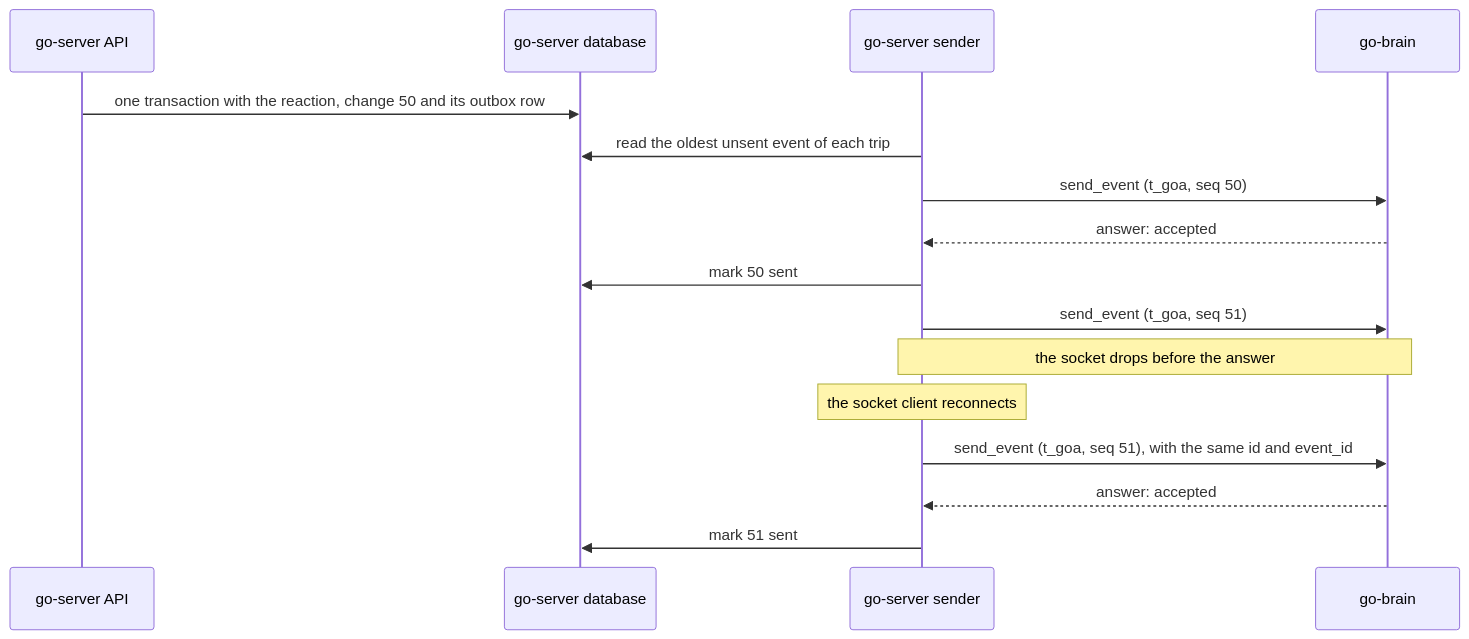
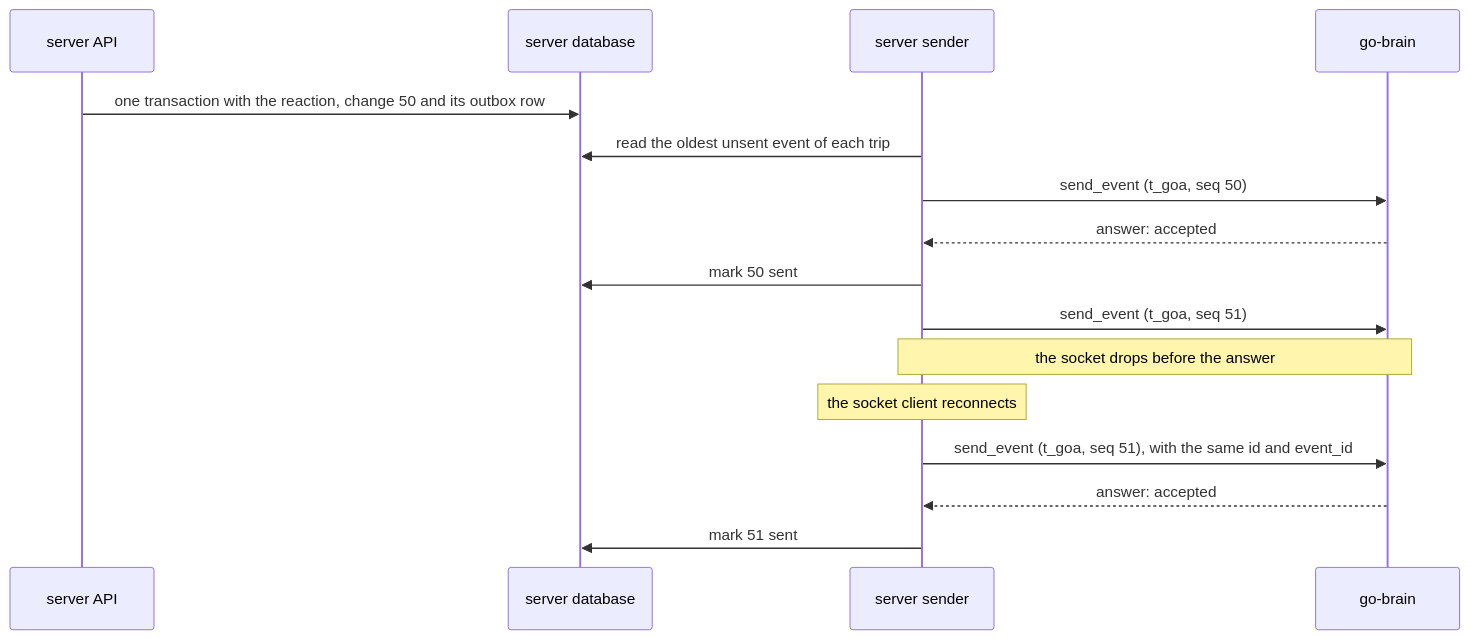
One commit to vestra-ai/go-brain changed the diagram in docs/guide/03-events.md. Above: the diagram before and after it, drawn with Mermaid. The commit also changed other lines of this file and 35 other files, not shown here.

````diff
--- a/docs/guide/03-events.md
+++ b/docs/guide/03-events.md
@@ -118,18 +118,18 @@
 ```mermaid
 sequenceDiagram
-  participant API as go-server API
-  participant DB as go-server database
-  participant S as go-server sender
+  participant API as server API
+  participant DB as server database
+  participant S as server sender
   participant B as go-brain
   API->>DB: one transaction with the reaction, change 50 and its outbox row
   S->>DB: read the oldest unsent event of each trip
   S->>B: send_event (t_goa, seq 50)
   B-->>S: answer: accepted
   S->>DB: mark 50 sent
   S->>B: send_event (t_goa, seq 51)
   Note over S,B: the socket drops before the answer
   Note over S: the socket client reconnects
   S->>B: send_event (t_goa, seq 51), with the same id and event_id
   B-->>S: answer: accepted
   S->>DB: mark 51 sent
 ```
````
